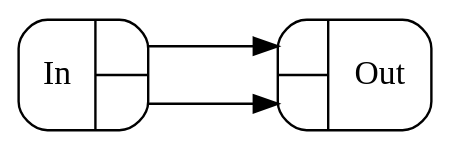
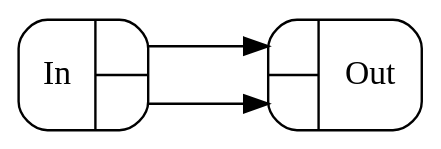
The diagram in Figures/circuits/fft-rb0.dot (conal/talk-2016-generic-fft), drawn with Graphviz before and after one commit. The commit also changed 18 other files, not shown here.

```diff
--- a/Figures/circuits/fft-rb0.dot
+++ b/Figures/circuits/fft-rb0.dot
@@ -1,13 +1,13 @@
 digraph fft_rb0 {
   rankdir=LR;
   node [shape=Mrecord];
   bgcolor=transparent;
   nslimit=20;
-  ranksep="0.75";
+  ranksep="0.7";
   c0 [label="{In|{<Out0>|<Out1>}}"];
   c1 [label="{{<In0>|<In1>}|Out}"];
-  c0:Out0 -> c1:In0;
-  c0:Out1 -> c1:In1;
+  c0:Out0 -> c1:In0 [];
+  c0:Out1 -> c1:In1 [];
 }
 
 // No components.
```
